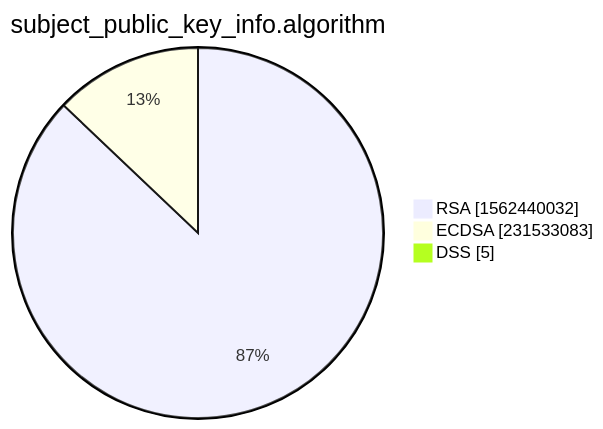
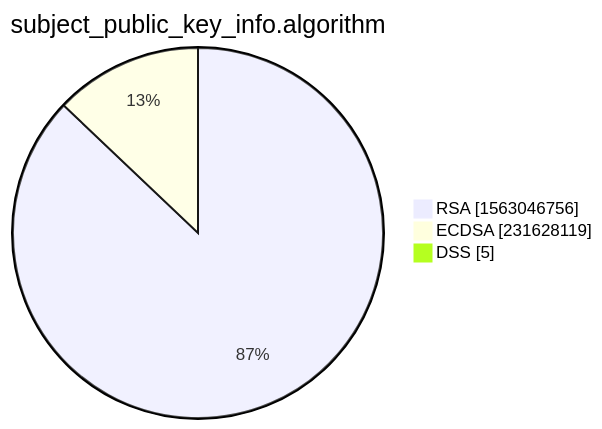
One commit to christiankrug/ctmonitor_visualization changed the third of 15 diagrams in xenon2022/README.md. Above: the diagram before and after it, drawn with Mermaid. The commit also changed other lines of this file, not shown here.

````diff
--- a/xenon2022/README.md
+++ b/xenon2022/README.md
@@ -14,7 +14,7 @@
 ```mermaid
 pie showData
 title subject_public_key_info.algorithm
-"RSA" :1562440032
-"ECDSA" :231533083
+"RSA" :1563046756
+"ECDSA" :231628119
 "DSS" :5
 ```
````
